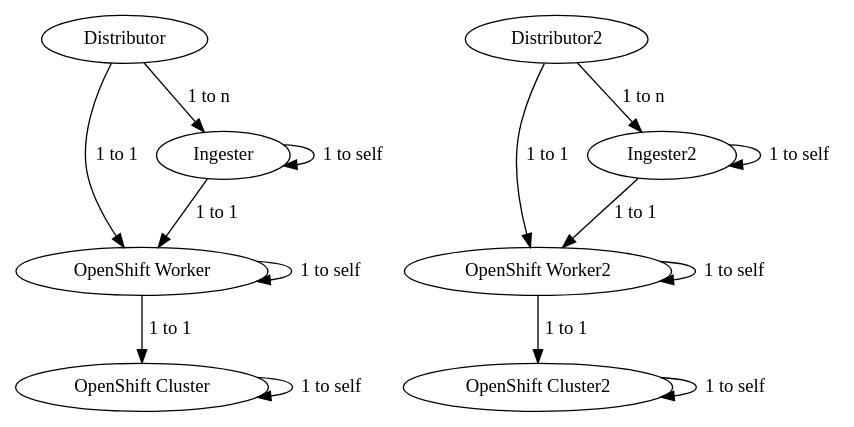
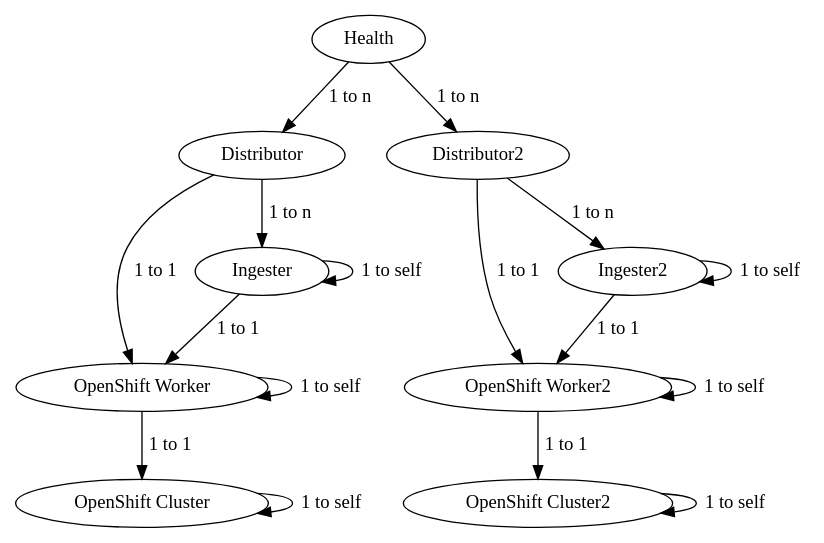
The diagram in plg_old6.dot (ChrisSteinbach/kauffman), drawn with Graphviz before and after one commit. The commit also changed 2 other files, not shown here.

```diff
--- a/plg_old6.dot
+++ b/plg_old6.dot
@@ -1,34 +1,37 @@
 digraph RBN {
     W [label="OpenShift Worker", func="one(OpenShift Worker) & one(OpenShift Cluster)", instances=8];
     C [label="OpenShift Cluster", func="copy", instances=2];
 
+    H [label="Health", func="one", instances=1];
     D [label="Distributor", func="one(OpenShift Worker) & one(Ingester)", instances=2];
     I [label="Ingester", func="copy", instances=2];
 
+    H -> D [label="1 to n"];
+    H -> D2 [label="1 to n"];
     D -> I [label="1 to n"];
     I -> I [label="1 to self"];
 
     D -> W [label="1 to 1"];
     I -> W [label="1 to 1"];
 
     W -> W [label="1 to self"];
     W -> C [label="1 to 1"];
     C -> C [label="1 to self"];
 
 
     W2 [label="OpenShift Worker2", func="one(OpenShift Worker2) & one(OpenShift Cluster2)", instances=8];
     C2 [label="OpenShift Cluster2", func="copy", instances=2];
 
     D2 [label="Distributor2", func="one(OpenShift Worker2) & one(Ingester2)", instances=2];
     I2 [label="Ingester2", func="copy", instances=2];
 
     D2 -> I2 [label="1 to n"];
     I2 -> I2 [label="1 to self"];
 
     D2 -> W2 [label="1 to 1"];
     I2 -> W2 [label="1 to 1"];
 
     W2 -> W2 [label="1 to self"];
     W2 -> C2 [label="1 to 1"];
     C2 -> C2 [label="1 to self"];
 }
```
